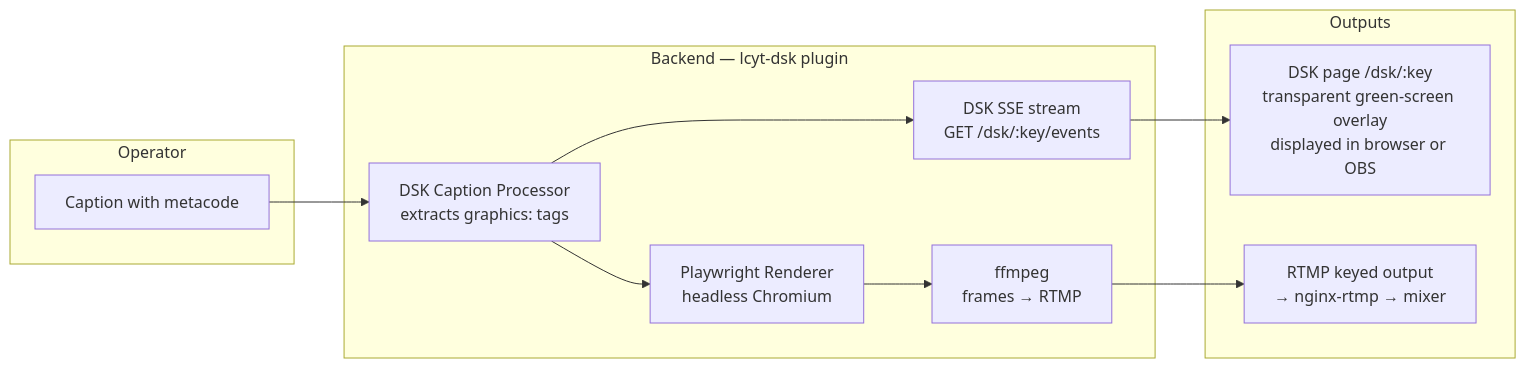
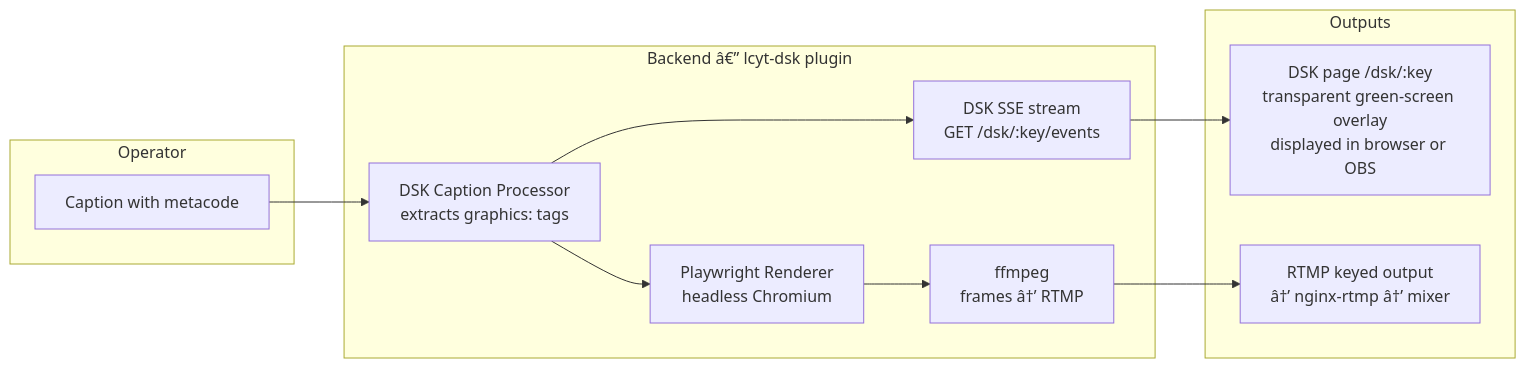
Before and after one commit to jsilvanus/live-captions-yt: the fifth of 5 diagrams in docs/guide-web/flow.md, drawn with Mermaid. The commit also changed other lines of this file and 171 other files, not shown here.

````diff
--- a/docs/guide-web/flow.md
+++ b/docs/guide-web/flow.md
@@ -193,22 +193,22 @@
 ```mermaid
 flowchart LR
     subgraph OP["Operator"]
         CAPTION["Caption with metacode\n<!-- graphics:logo,banner -->"]
     end
 
-    subgraph BE["Backend — lcyt-dsk plugin"]
+    subgraph BE["Backend â€” lcyt-dsk plugin"]
         PROC["DSK Caption Processor\nextracts graphics: tags"]
         SSE["DSK SSE stream\nGET /dsk/:key/events"]
         REND["Playwright Renderer\nheadless Chromium"]
-        FFMPEG["ffmpeg\nframes → RTMP"]
+        FFMPEG["ffmpeg\nframes â†’ RTMP"]
     end
 
     subgraph Outputs["Outputs"]
         DSK_PAGE["DSK page /dsk/:key\ntransparent green-screen overlay\ndisplayed in browser or OBS"]
-        RTMP_OUT["RTMP keyed output\n→ nginx-rtmp → mixer"]
+        RTMP_OUT["RTMP keyed output\nâ†’ nginx-rtmp â†’ mixer"]
     end
 
     CAPTION --> PROC
     PROC --> SSE --> DSK_PAGE
     PROC --> REND --> FFMPEG --> RTMP_OUT
 ```
````
